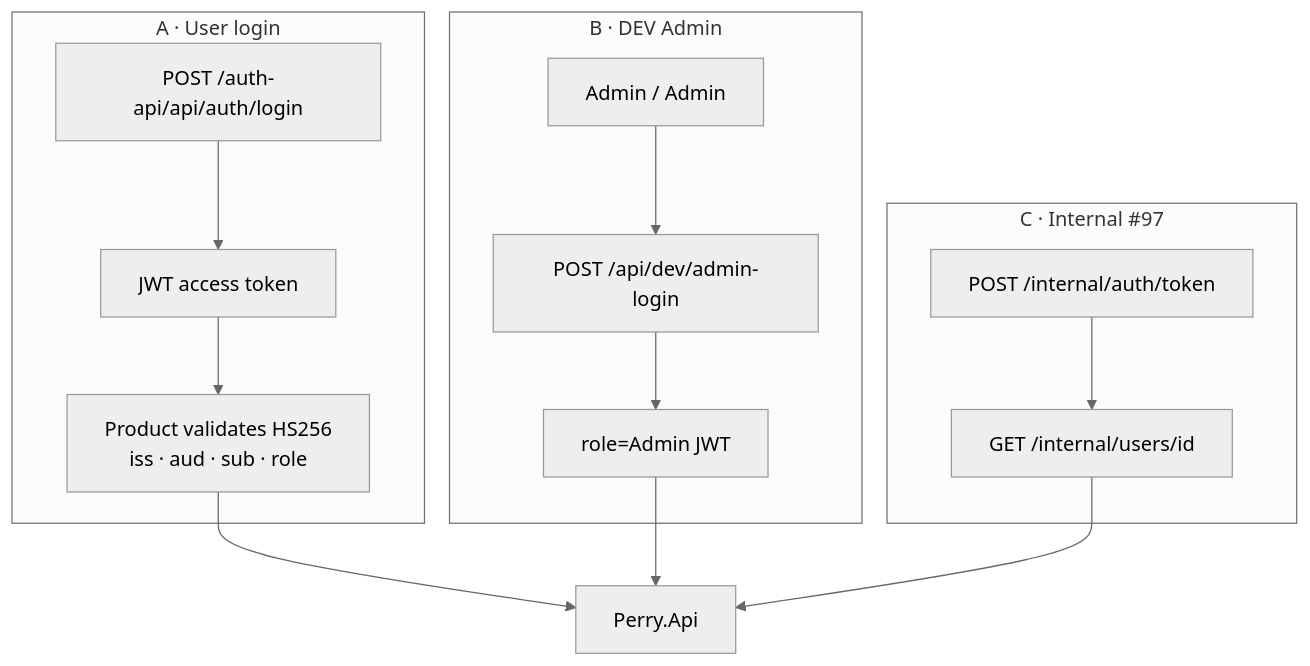
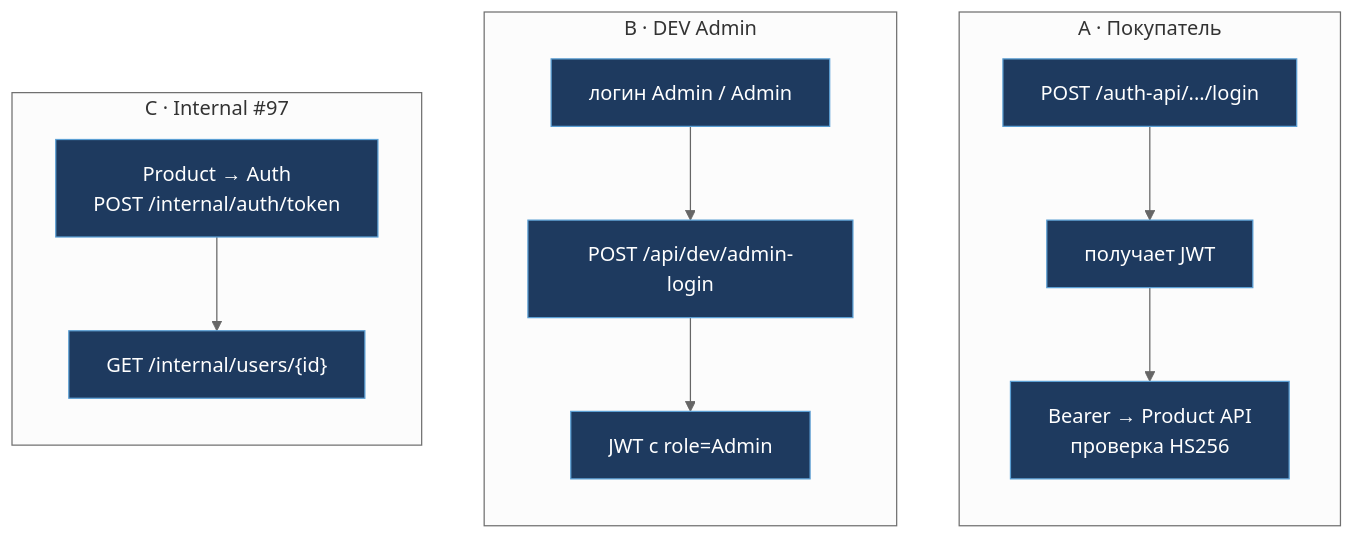
Before and after one commit to ITSTEP-PERRY/perry-front: the diagram in project_defense/07_backend-auth-flow/diagram.mmd, drawn with Mermaid (neutral theme). The commit also changed 41 other files, not shown here.

Commit message:
docs(defense): clearer diagrams, PPTX with per-slide descriptions.

```diff
--- a/project_defense/07_backend-auth-flow/diagram.mmd
+++ b/project_defense/07_backend-auth-flow/diagram.mmd
@@ -1,21 +1,26 @@
 flowchart TB
-  subgraph A["A · User login"]
-    L1["POST /auth-api/api/auth/login"]
-    L2["JWT access token"]
-    L3["Product validates HS256<br/>iss · aud · sub · role"]
-    L1 --> L2 --> L3
+  subgraph COL1["A · Покупатель"]
+    direction TB
+    A1["POST /auth-api/.../login"]
+    A2["получает JWT"]
+    A3["Bearer → Product API<br/>проверка HS256"]
+    A1 --> A2 --> A3
   end
-  subgraph B["B · DEV Admin"]
-    D1["Admin / Admin"]
-    D2["POST /api/dev/admin-login"]
-    D3["role=Admin JWT"]
-    D1 --> D2 --> D3
+
+  subgraph COL2["B · DEV Admin"]
+    direction TB
+    B1["логин Admin / Admin"]
+    B2["POST /api/dev/admin-login"]
+    B3["JWT с role=Admin"]
+    B1 --> B2 --> B3
   end
-  subgraph C["C · Internal #97"]
-    I1["POST /internal/auth/token"]
-    I2["GET /internal/users/id"]
-    I1 --> I2
+
+  subgraph COL3["C · Internal #97"]
+    direction TB
+    C1["Product → Auth<br/>POST /internal/auth/token"]
+    C2["GET /internal/users/{id}"]
+    C1 --> C2
   end
-  L3 --> P["Perry.Api"]
-  D3 --> P
-  I2 --> P
+
+  classDef x fill:#1e3a5f,stroke:#5b9fd4,color:#fff
+  class A1,A2,A3,B1,B2,B3,C1,C2 x
```
